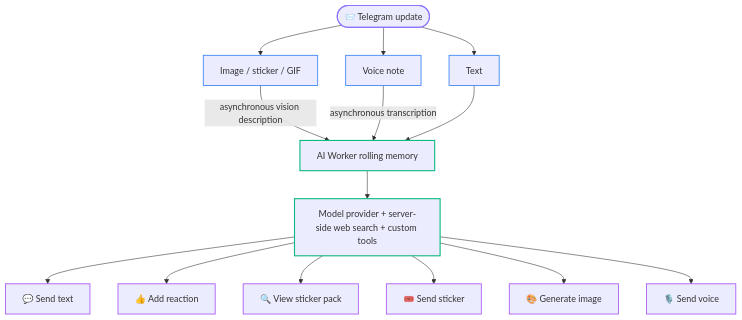
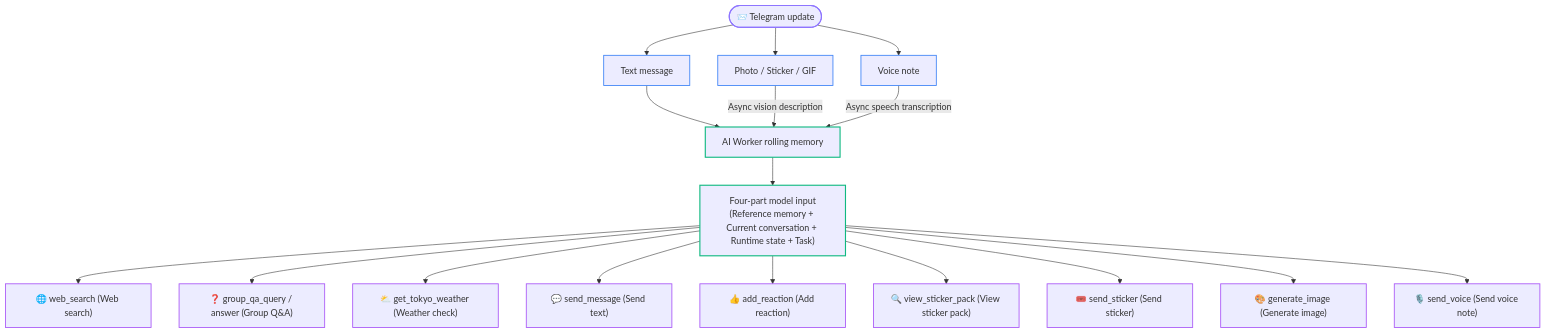
One commit to Asashishi/copy_ninjia changed the second of 2 diagrams in docs/en/02-architecture.md. Above: the diagram before and after it, drawn with Mermaid. The commit also changed other lines of this file and 691 other files, not shown here.

````diff
--- a/docs/en/02-architecture.md
+++ b/docs/en/02-architecture.md
@@ -64,22 +117,27 @@
 ```mermaid
 flowchart TD
     classDef input stroke:#8e75ff,stroke-width:2px;
     classDef process stroke:#3b82f6,stroke-width:1.5px;
     classDef ai stroke:#10b981,stroke-width:2px;
     classDef action stroke:#a855f7,stroke-width:1.5px;
 
-    U(["📨 Telegram update"]):::input --> TXT["Text"]:::process
-    U --> MED["Image / sticker / GIF"]:::process
+    U(["📨 Telegram update"]):::input --> TXT["Text message"]:::process
+    U --> MED["Photo / Sticker / GIF"]:::process
     U --> VOC["Voice note"]:::process
-    MED -- asynchronous vision description --> MEM["AI Worker rolling memory"]:::ai
-    VOC -- asynchronous transcription --> MEM
-    TXT --> MEM
-    MEM --> G["Model provider + server-side web search + custom tools"]:::ai
 
-    G --> A1["💬 Send text"]:::action
-    G --> A2["👍 Add reaction"]:::action
-    G --> A3["🔍 View sticker pack"]:::action
-    G --> A4["🎟️ Send sticker"]:::action
-    G --> A5["🎨 Generate image"]:::action
-    G --> A6["🎙️ Send voice"]:::action
+    TXT --> MEM["AI Worker rolling memory"]:::ai
+    MED -- Async vision description --> MEM
+    VOC -- Async speech transcription --> MEM
+
+    MEM --> G["Four-part model input<br/>(Reference memory + Current conversation + Runtime state + Task)"]:::ai
+
+    G --> T1["🌐 web_search (Web search)"]:::action
+    G --> T2["❓ group_qa_query / answer (Group Q&A)"]:::action
+    G --> T3["⛅ get_tokyo_weather (Weather check)"]:::action
+    G --> A1["💬 send_message (Send text)"]:::action
+    G --> A2["👍 add_reaction (Add reaction)"]:::action
+    G --> A3["🔍 view_sticker_pack (View sticker pack)"]:::action
+    G --> A4["🎟️ send_sticker (Send sticker)"]:::action
+    G --> A5["🎨 generate_image (Generate image)"]:::action
+    G --> A6["🎙️ send_voice (Send voice note)"]:::action
 ```
````
